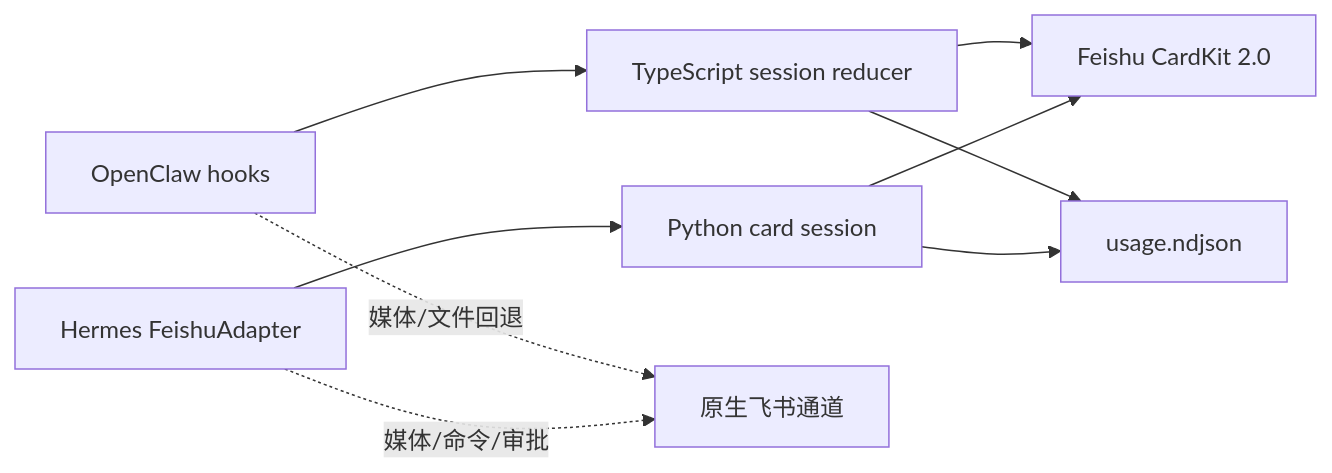
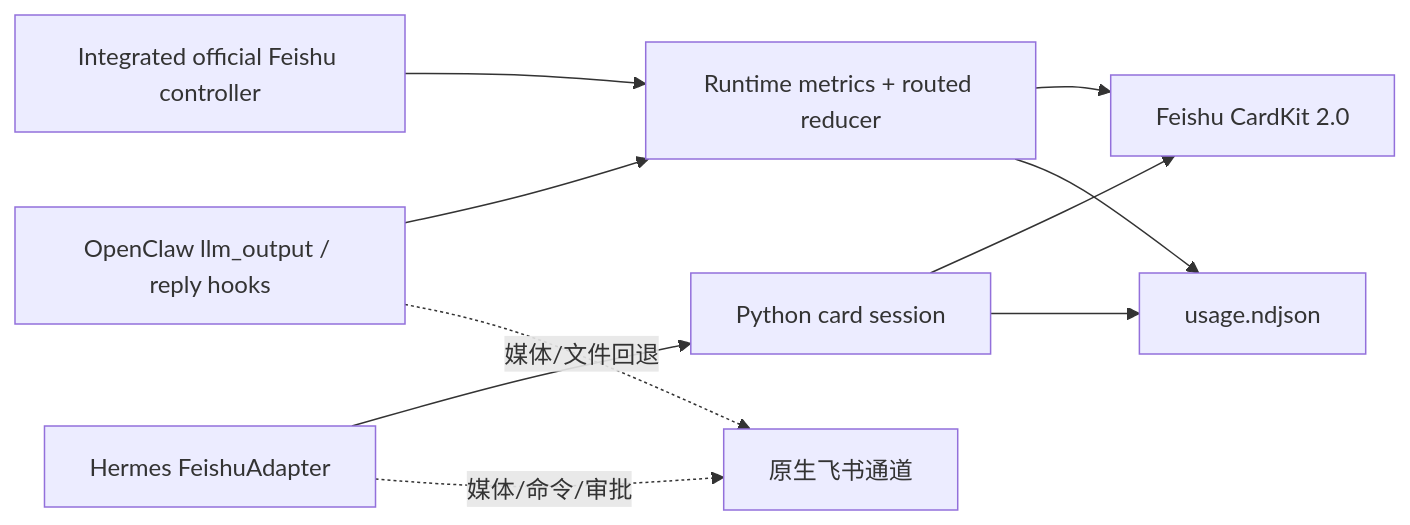
The diagram in docs/architecture.md (wzgrx/openclaw-hermes-feishu-card), drawn with Mermaid before and after one commit. The commit also changed other lines of this file and 22 other files, not shown here.

````diff
--- a/docs/architecture.md
+++ b/docs/architecture.md
@@ -5,11 +5,12 @@
 ```mermaid
 flowchart LR
-  OC["OpenClaw hooks"] --> TS["TypeScript session reducer"]
+  OC["OpenClaw llm_output / reply hooks"] --> TS["Runtime metrics + routed reducer"]
+  LARK["Integrated official Feishu controller"] --> TS
   HE["Hermes FeishuAdapter"] --> PY["Python card session"]
   TS --> CK["Feishu CardKit 2.0"]
   PY --> CK
   TS --> LEDGER["usage.ndjson"]
   PY --> LEDGER
   OC -. "媒体/文件回退" .-> NATIVE["原生飞书通道"]
   HE -. "媒体/命令/审批" .-> NATIVE
 ```
````
